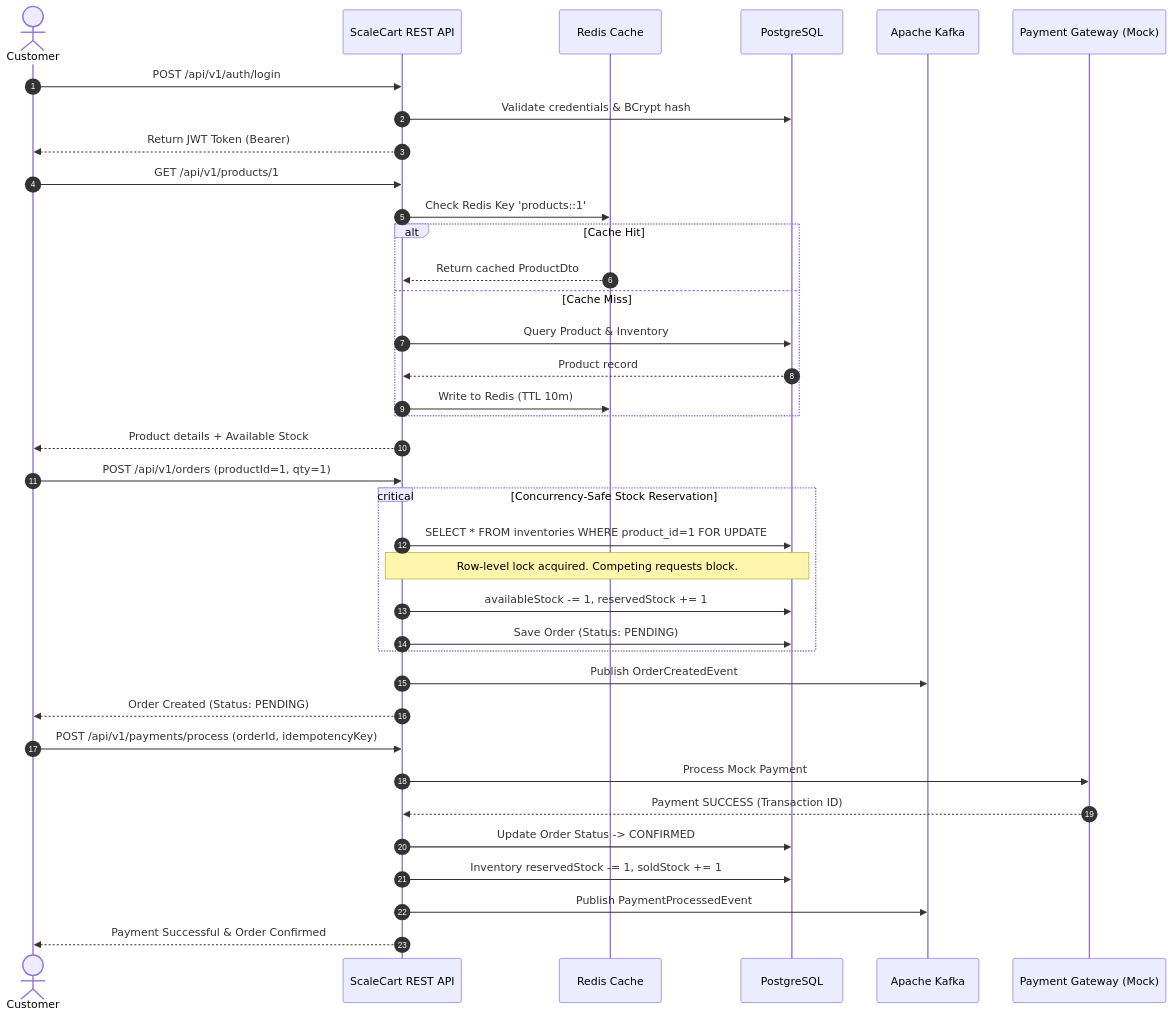
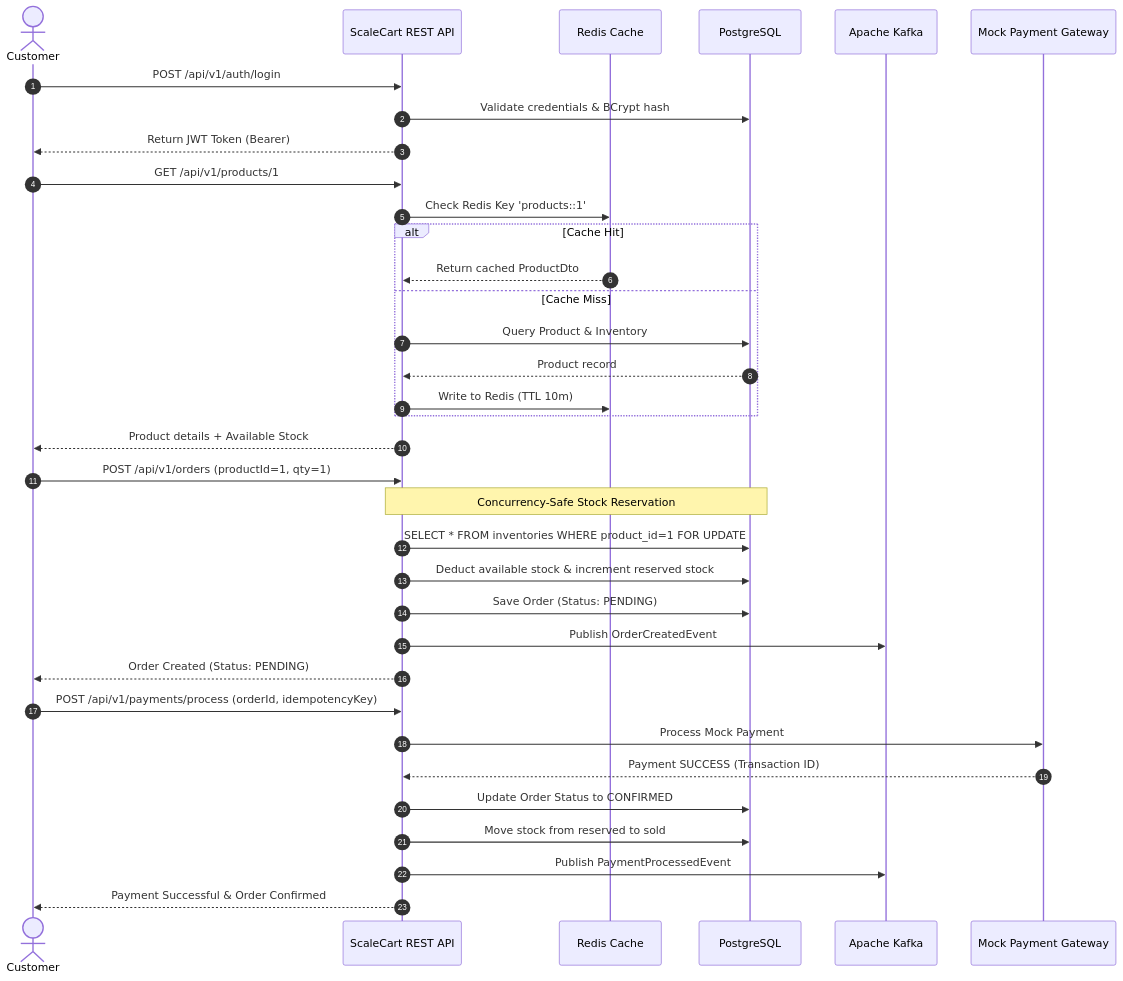
Before and after one commit to deepanshiantil2505/ScaleCart-E-Commerce-Backend-Project: the second of 2 diagrams in README.md, drawn with Mermaid. The commit also changed other lines of this file, not shown here.

Commit message:
fix(docs): resolve GitHub Mermaid diagram rendering and refine technical architecture headings

````diff
--- a/README.md
+++ b/README.md
@@ -85,43 +85,41 @@
 ```mermaid
 sequenceDiagram
     autonumber
     actor Customer
     participant API as ScaleCart REST API
     participant Cache as Redis Cache
     participant DB as PostgreSQL
     participant Kafka as Apache Kafka
-    participant Pay as Payment Gateway (Mock)
+    participant Pay as Mock Payment Gateway
 
     Customer->>API: POST /api/v1/auth/login
     API->>DB: Validate credentials & BCrypt hash
     API-->>Customer: Return JWT Token (Bearer)
 
     Customer->>API: GET /api/v1/products/1
     API->>Cache: Check Redis Key 'products::1'
     alt Cache Hit
         Cache-->>API: Return cached ProductDto
     else Cache Miss
         API->>DB: Query Product & Inventory
         DB-->>API: Product record
         API->>Cache: Write to Redis (TTL 10m)
     end
     API-->>Customer: Product details + Available Stock
 
     Customer->>API: POST /api/v1/orders (productId=1, qty=1)
-    critical Concurrency-Safe Stock Reservation
-        API->>DB: SELECT * FROM inventories WHERE product_id=1 FOR UPDATE
-        Note over API,DB: Row-level lock acquired. Competing requests block.
-        API->>DB: availableStock -= 1, reservedStock += 1
-        API->>DB: Save Order (Status: PENDING)
-    end
+    Note over API,DB: Concurrency-Safe Stock Reservation
+    API->>DB: SELECT * FROM inventories WHERE product_id=1 FOR UPDATE
+    API->>DB: Deduct available stock & increment reserved stock
+    API->>DB: Save Order (Status: PENDING)
     API->>Kafka: Publish OrderCreatedEvent
     API-->>Customer: Order Created (Status: PENDING)
 
     Customer->>API: POST /api/v1/payments/process (orderId, idempotencyKey)
     API->>Pay: Process Mock Payment
     Pay-->>API: Payment SUCCESS (Transaction ID)
-    API->>DB: Update Order Status -> CONFIRMED
-    API->>DB: Inventory reservedStock -= 1, soldStock += 1
+    API->>DB: Update Order Status to CONFIRMED
+    API->>DB: Move stock from reserved to sold
     API->>Kafka: Publish PaymentProcessedEvent
     API-->>Customer: Payment Successful & Order Confirmed
 ```
````
